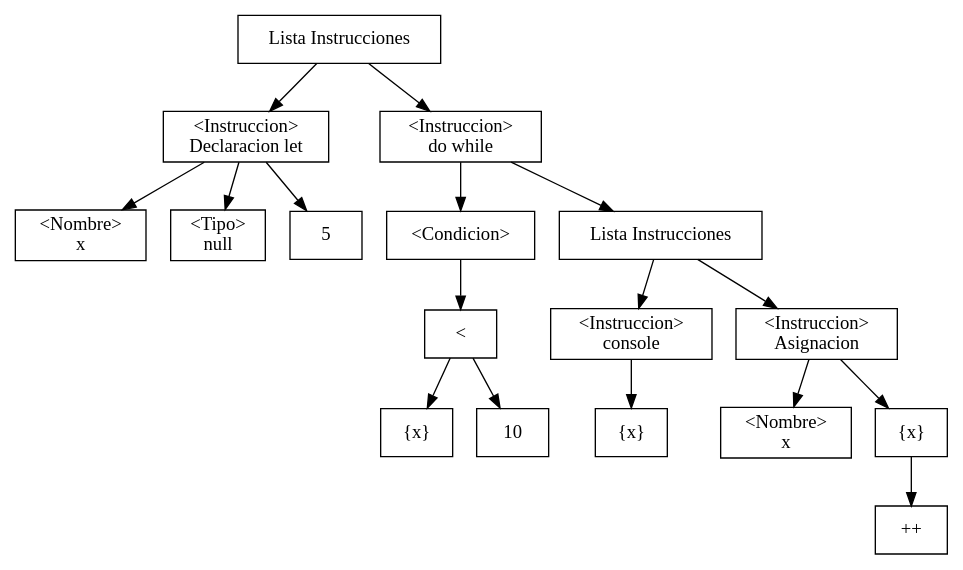
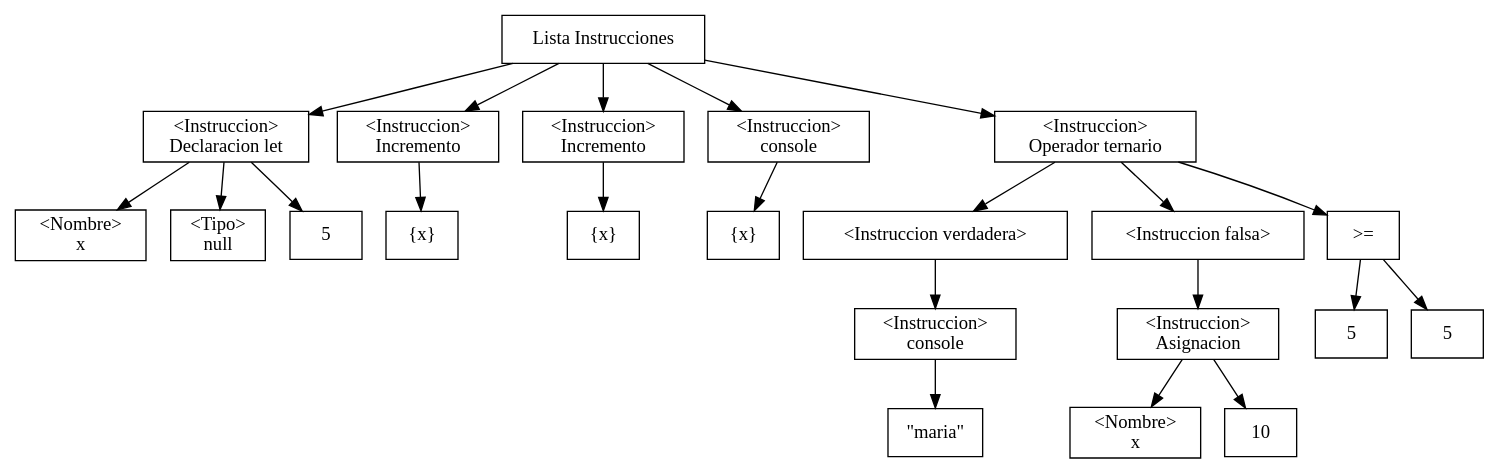
Before and after one commit to bmoisesg/AST: the diagram in out/ast.dot, drawn with Graphviz. The commit also changed 7 other files, not shown here.

Commit message:
actualizacion de operador ternario

```diff
--- a/out/ast.dot
+++ b/out/ast.dot
@@ -1,45 +1,53 @@
 digraph G {
 node[shape=box];
         node_1_1_[label="Lista Instrucciones"];        
         node_1_1_->node_2_5_;
         node_2_5_[label="\<Instruccion\>\nDeclaracion let"];
         node_2_5_1[label="\<Nombre\>\nx"];
         node_2_5_2[label="\<Tipo\>\nnull"];
         node_2_5_->node_2_5_1
         node_2_5_->node_2_5_2
         node_2_5_->
         node_2_11_;
         node_2_11_[label="5"];node_1_1_->node_3_5_;
-        node_3_5_[label="\<Instruccion\>\ndo while"];
-        node_3_5_1[label="\<Condicion\>"];
+        node_3_5_[label="\<Instruccion\>\nIncremento"];
+        node_3_5_1[label="{x}"];
         node_3_5_->node_3_5_1;
-        node_3_5_1->
-        node_6_13_;
-        node_6_13_[label="\<"];
-        node_6_13_->
-        node_6_12_;
-        node_6_12_[label="{x}"];
+        node_1_1_->node_4_7_;
+        node_4_7_[label="\<Instruccion\>\nIncremento"];
+        node_4_7_1[label="{x}"];
+        node_4_7_->node_4_7_1;
+        node_1_1_->node_5_5_;
+        node_5_5_[label="\<Instruccion\>\nconsole"];node_5_5_->
+        node_5_17_;
+        node_5_17_[label="{x}"];
+        node_1_1_->node_6_12_;
+        node_6_12_ [label="\<Instruccion\>\n Operador ternario"];
+        node_6_12_1[label="\<Instruccion verdadera\>"];
+        node_6_12_2[label="\<Instruccion falsa\>"];
+        node_6_12_->node_6_12_1;
+        node_6_12_->node_6_12_2;
+        node_6_12_->
+        node_6_7_;
+        node_6_7_[label="\>="];
+        node_6_7_->
+        node_6_6_;
+        node_6_6_[label="5"];
+        node_6_7_->
+        node_6_9_;
+        node_6_9_[label="5"];
         
-        node_6_13_->
-        node_6_14_;
-        node_6_14_[label="10"];
+        node_6_12_1->node_6_14_;
+        node_6_12_2->node_6_36_;
         
-        node_3_5_->node_3_7_;        
-        
-        node_3_7_[label="Lista Instrucciones"];        
-        node_3_7_->node_4_9_;
-        node_4_9_[label="\<Instruccion\>\nconsole"];node_4_9_->
-        node_4_21_;
-        node_4_21_[label="{x}"];
-        node_3_7_->node_5_9_;
-        node_5_9_[label="\<Instruccion\>\nAsignacion"];
-        node_5_9_1[label="\<Nombre\>\nx"];
-        node_5_9_->node_5_9_1;
-        node_5_9_->
-        /**/node_5_13_1;
-        node_5_13_1[label="{x}"];
-        node_5_13_[label="++"];
-        node_5_13_1->node_5_13_;
-        
+        node_6_14_[label="\<Instruccion\>\nconsole"];node_6_14_->
+        node_6_32_;
+        node_6_32_[label="\"maria\""];
+        node_6_36_[label="\<Instruccion\>\nAsignacion"];
+        node_6_36_1[label="\<Nombre\>\nx"];
+        node_6_36_->node_6_36_1;
+        node_6_36_->
+        node_6_38_;
+        node_6_38_[label="10"];
         
 }
```
